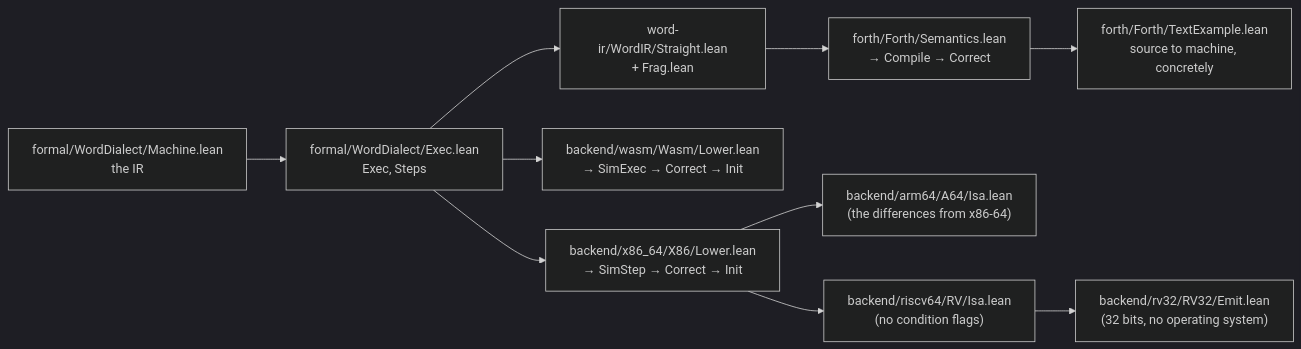
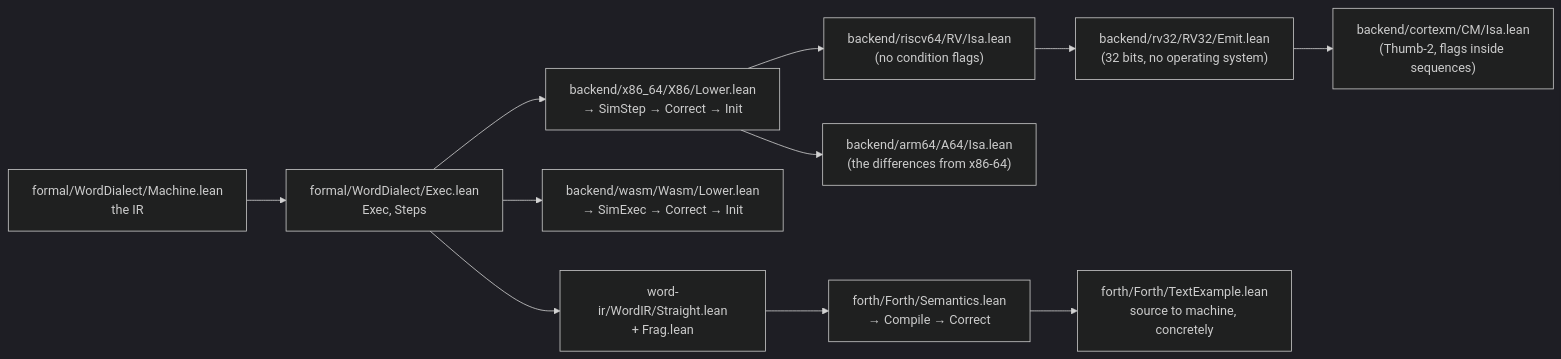
Diagram 17 of 17 in README.md (SNAPKITTYAGENT9NOVA/ai-free), drawn with Mermaid (dark theme) before and after one commit. The commit also changed other lines of this file and 30 other files, not shown here.

````diff
--- a/README.md
+++ b/README.md
@@ -1905,12 +2049,13 @@
 ```mermaid
 flowchart LR
   A["formal/WordDialect/Machine.lean<br/>the IR"] --> B["formal/WordDialect/Exec.lean<br/>Exec, Steps"]
   B --> C["word-ir/WordIR/Straight.lean<br/>+ Frag.lean"]
   C --> D["forth/Forth/Semantics.lean<br/>→ Compile → Correct"]
   B --> E["backend/wasm/Wasm/Lower.lean<br/>→ SimExec → Correct → Init"]
   B --> F["backend/x86_64/X86/Lower.lean<br/>→ SimStep → Correct → Init"]
   F --> AA["backend/arm64/A64/Isa.lean<br/>(the differences from x86-64)"]
   F --> RR["backend/riscv64/RV/Isa.lean<br/>(no condition flags)"]
   RR --> MC["backend/rv32/RV32/Emit.lean<br/>(32 bits, no operating system)"]
+  MC --> CMR["backend/cortexm/CM/Isa.lean<br/>(Thumb-2, flags inside sequences)"]
   D --> G["forth/Forth/TextExample.lean<br/>source to machine, concretely"]
 ```
````
